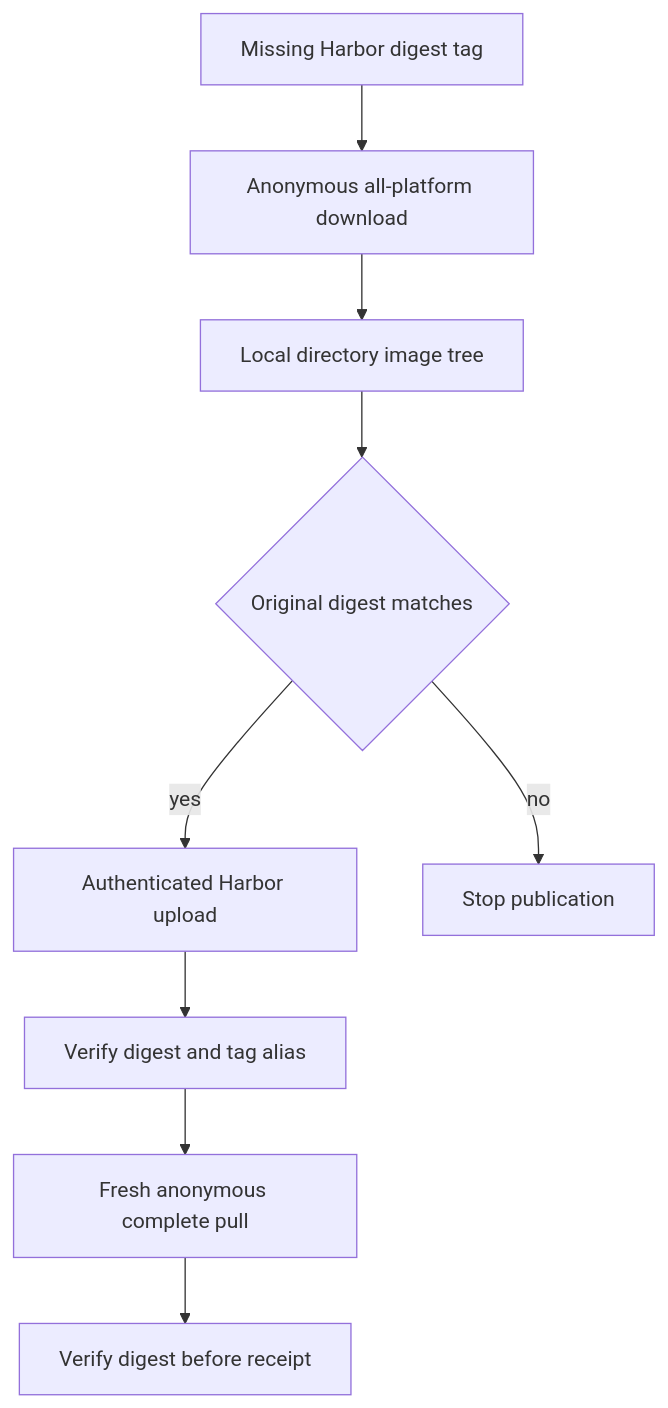
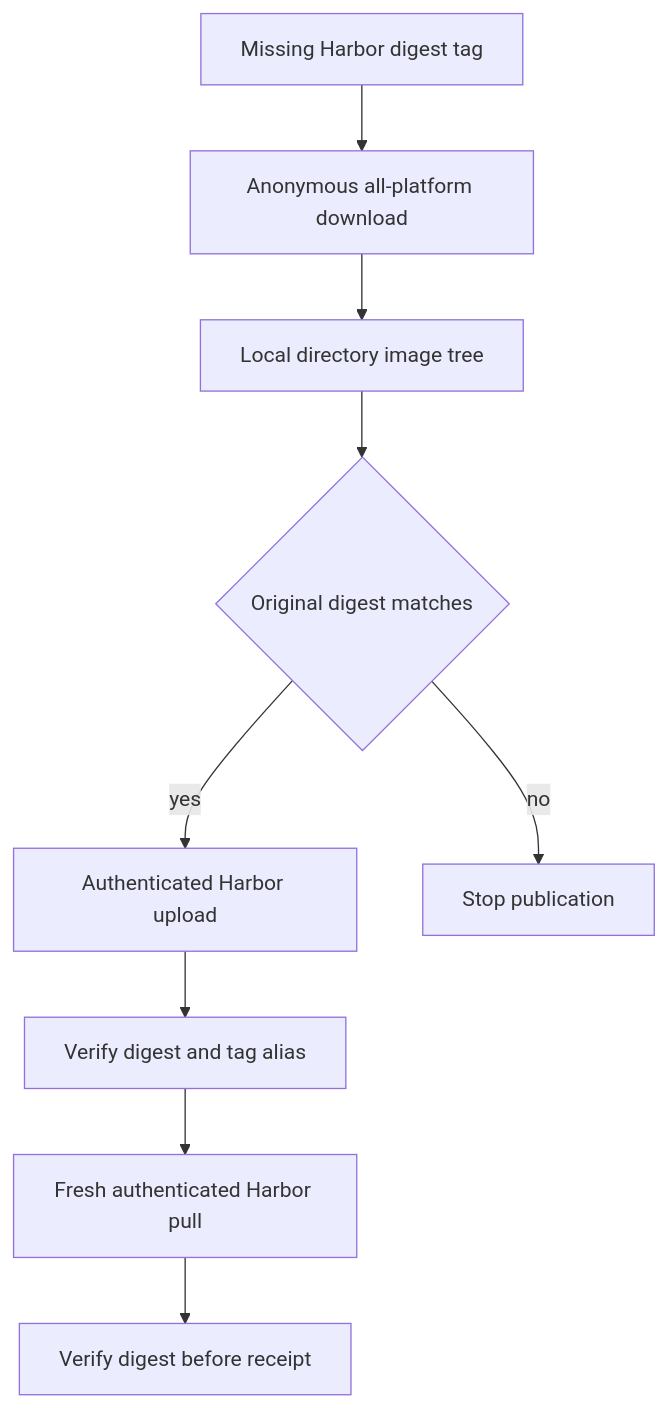
One commit to Stuhlmuller/homelab changed the second of 2 diagrams in openwiki/operations/harbor-oci.md. Above: the diagram before and after it, drawn with Mermaid. The commit also changed other lines of this file and 34 other files, not shown here.

````diff
--- a/openwiki/operations/harbor-oci.md
+++ b/openwiki/operations/harbor-oci.md
@@ -660,11 +670,11 @@
 ```mermaid
 flowchart TD
     Missing["Missing Harbor digest tag"] --> Source["Anonymous all-platform download"]
     Source --> Staging["Local directory image tree"]
     Staging --> Identity{"Original digest matches"}
     Identity -->|yes|Upload["Authenticated Harbor upload"]
     Identity -->|no|Stopped["Stop publication"]
     Upload --> Verify["Verify digest and tag alias"]
-    Verify --> Pull["Fresh anonymous complete pull"]
+    Verify --> Pull["Fresh authenticated Harbor pull"]
     Pull --> Receipt["Verify digest before receipt"]
 ```
````
